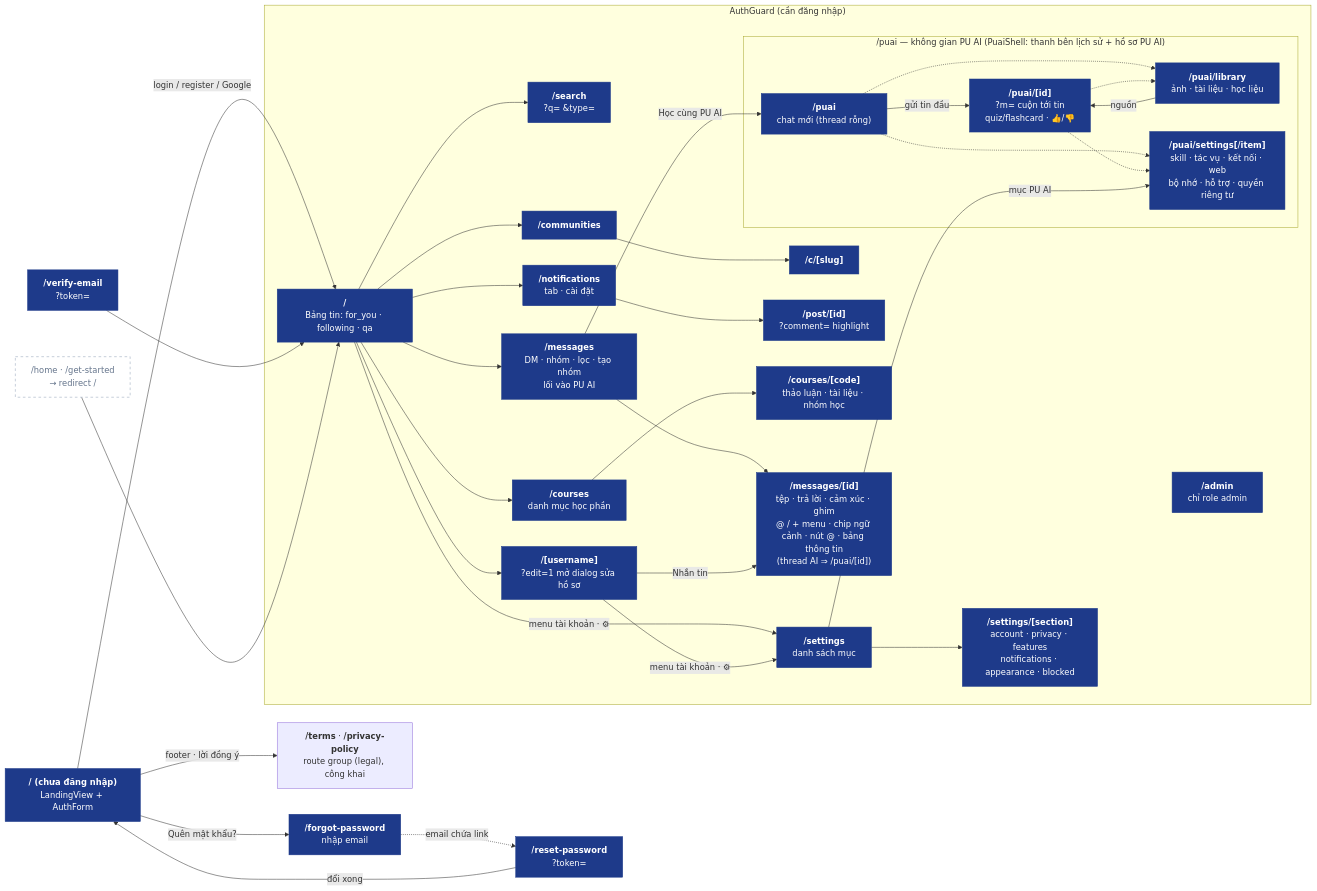
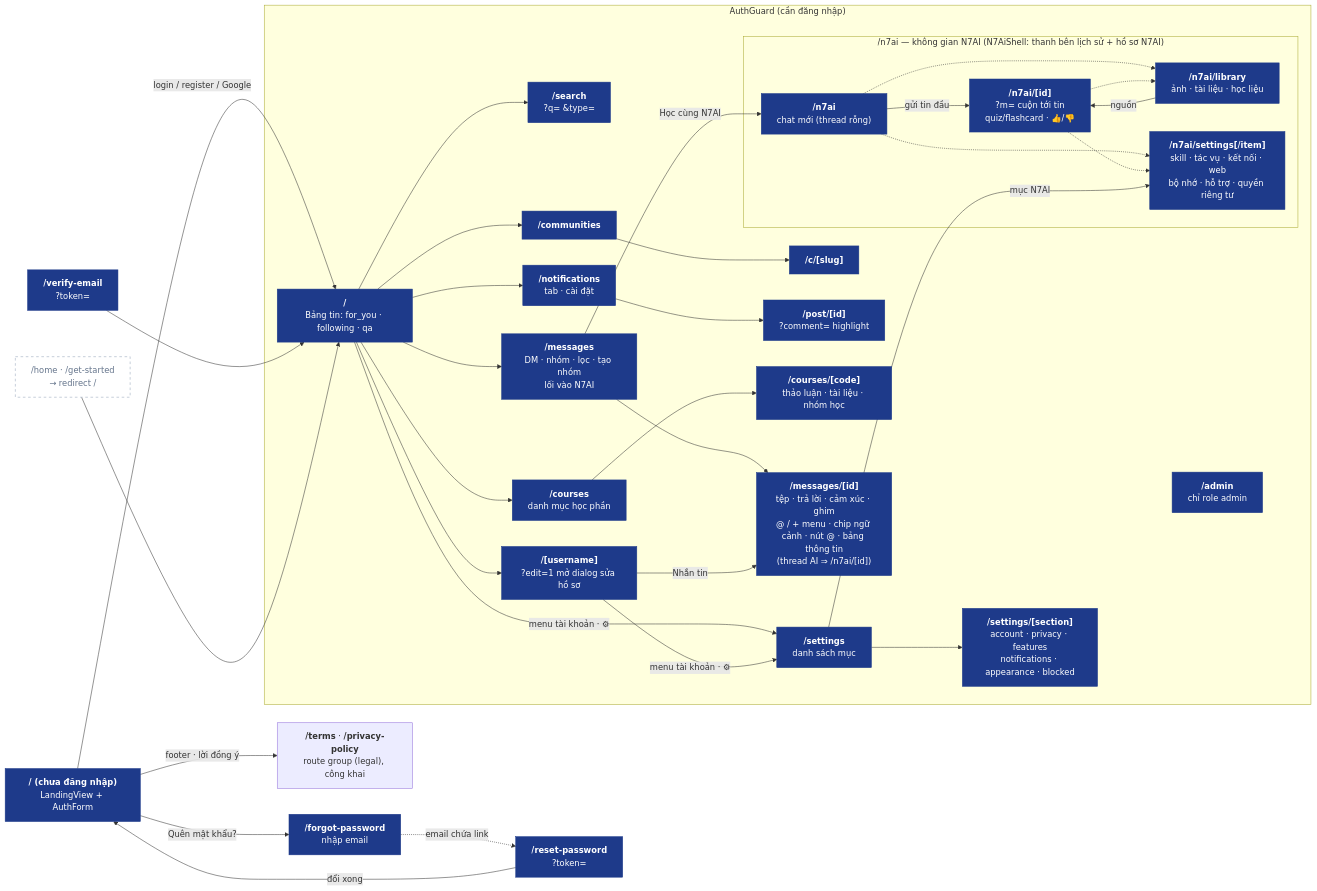
The first of 2 diagrams in docs/diagrams/07-web-app.md (nhatcoi/pu-connect), drawn with Mermaid before and after one commit. The commit also changed other lines of this file and 15 other files, not shown here.

````diff
--- a/docs/diagrams/07-web-app.md
+++ b/docs/diagrams/07-web-app.md
@@ -7,59 +7,59 @@
 ```mermaid
 flowchart LR
   landing["<b>/ (chưa đăng nhập)</b><br/>LandingView + AuthForm"]
   verify["<b>/verify-email</b><br/>?token="]
   forgot["<b>/forgot-password</b><br/>nhập email"]
   reset["<b>/reset-password</b><br/>?token="]
   getstarted["/home · /get-started<br/>→ redirect /"]
   legal["<b>/terms</b> · <b>/privacy-policy</b><br/>route group (legal), công khai"]
 
   subgraph guarded["AuthGuard (cần đăng nhập)"]
     home["<b>/</b><br/>Bảng tin: for_you · following · qa"]
     search["<b>/search</b><br/>?q= &type="]
     comms["<b>/communities</b>"]
     comm["<b>/c/[slug]</b>"]
     profile["<b>/[username]</b><br/>?edit=1 mở dialog sửa hồ sơ"]
     notif["<b>/notifications</b><br/>tab · cài đặt"]
     post["<b>/post/[id]</b><br/>?comment= highlight"]
     courses["<b>/courses</b><br/>danh mục học phần"]
     course["<b>/courses/[code]</b><br/>thảo luận · tài liệu · nhóm học"]
-    msgs["<b>/messages</b><br/>DM · nhóm · lọc · tạo nhóm<br/>lối vào PU AI"]
-    thread["<b>/messages/[id]</b><br/>tệp · trả lời · cảm xúc · ghim<br/>@ / + menu · chip ngữ cảnh · nút @ · bảng thông tin<br/>(thread AI ⇒ /puai/[id])"]
-    subgraph puai["/puai — không gian PU AI (PuaiShell: thanh bên lịch sử + hồ sơ PU AI)"]
-      puaihome["<b>/puai</b><br/>chat mới (thread rỗng)"]
-      puaithread["<b>/puai/[id]</b><br/>?m= cuộn tới tin<br/>quiz/flashcard · 👍/👎"]
-      puailib["<b>/puai/library</b><br/>ảnh · tài liệu · học liệu"]
-      puaiset["<b>/puai/settings[/item]</b><br/>skill · tác vụ · kết nối · web<br/>bộ nhớ · hỗ trợ · quyền riêng tư"]
+    msgs["<b>/messages</b><br/>DM · nhóm · lọc · tạo nhóm<br/>lối vào N7AI"]
+    thread["<b>/messages/[id]</b><br/>tệp · trả lời · cảm xúc · ghim<br/>@ / + menu · chip ngữ cảnh · nút @ · bảng thông tin<br/>(thread AI ⇒ /n7ai/[id])"]
+    subgraph n7ai["/n7ai — không gian N7AI (N7AiShell: thanh bên lịch sử + hồ sơ N7AI)"]
+      n7aihome["<b>/n7ai</b><br/>chat mới (thread rỗng)"]
+      n7aithread["<b>/n7ai/[id]</b><br/>?m= cuộn tới tin<br/>quiz/flashcard · 👍/👎"]
+      n7ailib["<b>/n7ai/library</b><br/>ảnh · tài liệu · học liệu"]
+      n7aiset["<b>/n7ai/settings[/item]</b><br/>skill · tác vụ · kết nối · web<br/>bộ nhớ · hỗ trợ · quyền riêng tư"]
     end
     adminp["<b>/admin</b><br/>chỉ role admin"]
     settings["<b>/settings</b><br/>danh sách mục"]
     settingsec["<b>/settings/[section]</b><br/>account · privacy · features<br/>notifications · appearance · blocked"]
   end
 
   landing -->|login / register / Google| home
   landing -->|footer · lời đồng ý| legal
   verify --> home
   landing -->|Quên mật khẩu?| forgot
   forgot -.->|email chứa link| reset
   reset -->|đổi xong| landing
   getstarted --> home
   home --> search & comms & profile & notif
   notif --> post
   comms --> comm
   home --> courses & msgs
   courses --> course
   msgs --> thread
-  msgs -->|Học cùng PU AI| puaihome
-  puaihome -->|gửi tin đầu| puaithread
-  puaihome & puaithread -.-> puailib & puaiset
-  puailib -->|nguồn| puaithread
+  msgs -->|Học cùng N7AI| n7aihome
+  n7aihome -->|gửi tin đầu| n7aithread
+  n7aihome & n7aithread -.-> n7ailib & n7aiset
+  n7ailib -->|nguồn| n7aithread
   profile -->|Nhắn tin| thread
   home & profile -->|menu tài khoản · ⚙| settings
   settings --> settingsec
-  settings -->|mục PU AI| puaiset
+  settings -->|mục N7AI| n7aiset
 
   classDef page fill:#1e3a8a,stroke:#1e3a8a,color:#fff
   classDef redirect fill:#fff,stroke:#94a3b8,color:#64748b,stroke-dasharray:5 5
-  class landing,verify,forgot,reset,home,search,comms,comm,profile,notif,post,courses,course,msgs,thread,adminp,settings,settingsec,puaihome,puaithread,puailib,puaiset page
+  class landing,verify,forgot,reset,home,search,comms,comm,profile,notif,post,courses,course,msgs,thread,adminp,settings,settingsec,n7aihome,n7aithread,n7ailib,n7aiset page
   class getstarted redirect
 ```
````
